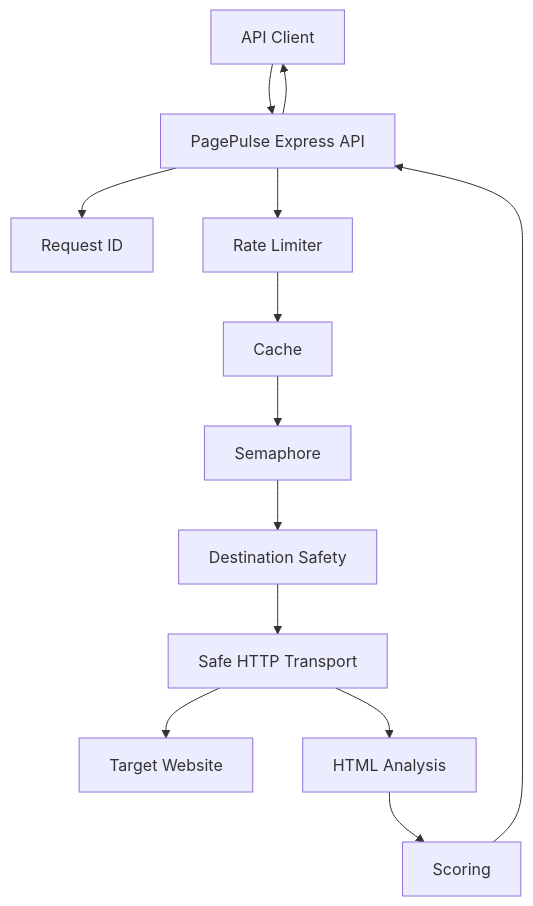
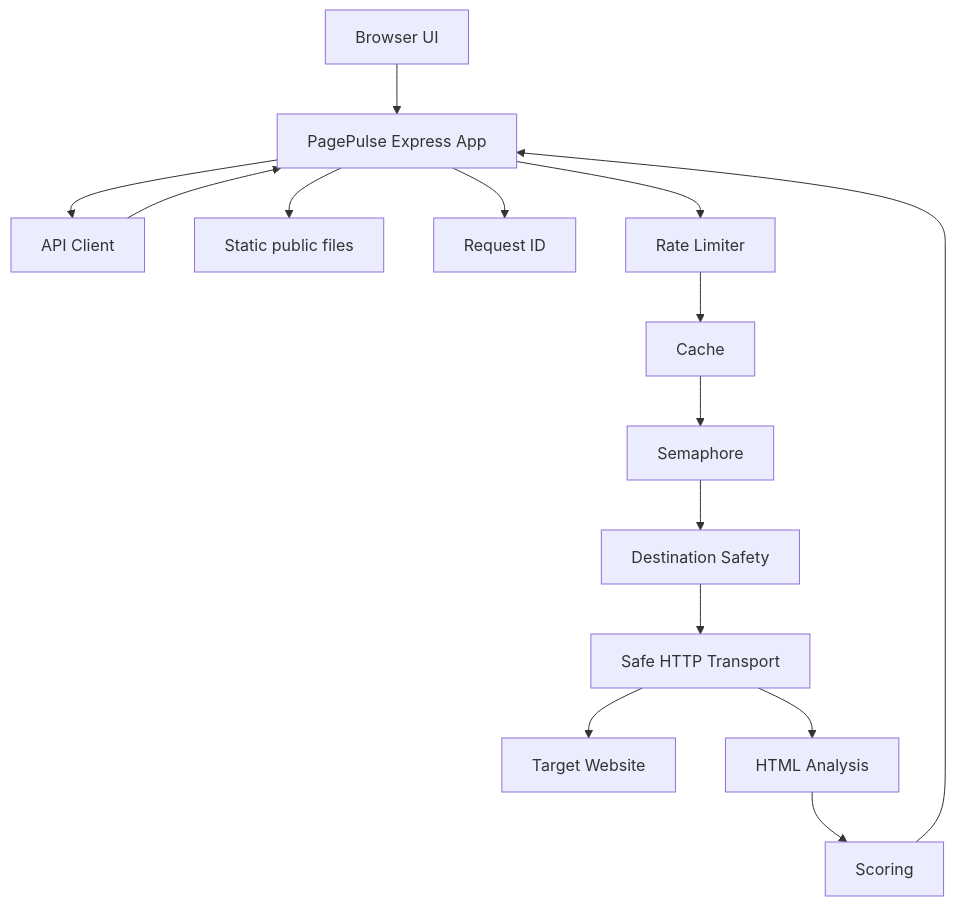
One commit to shivaydwivedi/PagePulse changed the diagram in docs/architecture/system-overview.md. Above: the diagram before and after it, drawn with Mermaid. The commit also changed other lines of this file and 16 other files, not shown here.

Commit message:
feat: add public PagePulse demo UI

````diff
--- a/docs/architecture/system-overview.md
+++ b/docs/architecture/system-overview.md
@@ -9,15 +9,17 @@
 ```mermaid
 flowchart TD
-  APIClient[API Client] --> ExpressAPI[PagePulse Express API]
+  Browser[Browser UI] --> ExpressAPI[PagePulse Express App]
+  APIClient[API Client] --> ExpressAPI
+  ExpressAPI --> StaticUI[Static public files]
   ExpressAPI --> RequestID[Request ID]
   ExpressAPI --> RateLimiter[Rate Limiter]
   RateLimiter --> Cache[Cache]
   Cache --> Semaphore[Semaphore]
   Semaphore --> DestinationSafety[Destination Safety]
   DestinationSafety --> SafeTransport[Safe HTTP Transport]
   SafeTransport --> TargetWebsite[Target Website]
   SafeTransport --> HTMLAnalysis[HTML Analysis]
   HTMLAnalysis --> Scoring[Scoring]
   Scoring --> ExpressAPI
   ExpressAPI --> APIClient
 ```
````
